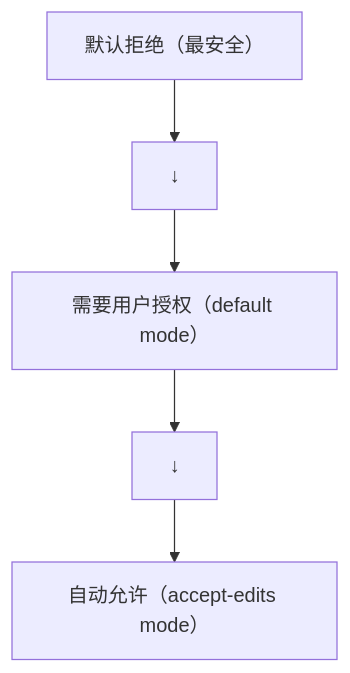
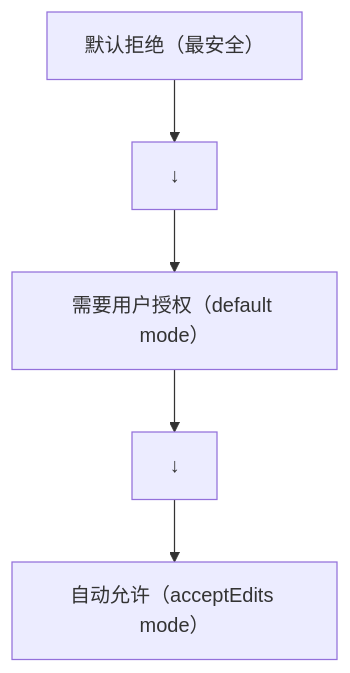
Before and after one commit to keyuanweb/ai-learning-path: the third of 3 diagrams in claude-code-learning-path/00-入口/03-核心概念.md, drawn with Mermaid. The commit also changed other lines of this file and 176 other files, not shown here.

First line of the commit message:
docs: 全仓库文档校对修复——错别字/失效链接/Mermaid图/源码引用

````diff
--- a/claude-code-learning-path/00-入口/03-核心概念.md
+++ b/claude-code-learning-path/00-入口/03-核心概念.md
@@ -71,12 +71,12 @@
 ```mermaid
 flowchart TD
   n0["默认拒绝（最安全）"]
   n1["↓"]
   n2["需要用户授权（default mode）"]
   n3["↓"]
-  n4["自动允许（accept-edits mode）"]
+  n4["自动允许（acceptEdits mode）"]
   n0 --> n1
   n1 --> n2
   n2 --> n3
   n3 --> n4
 ```
````
